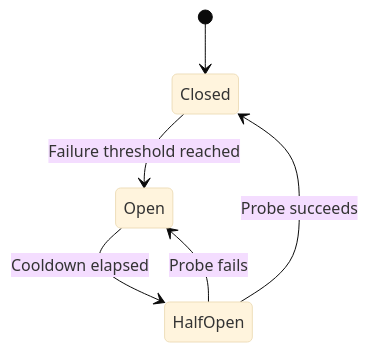
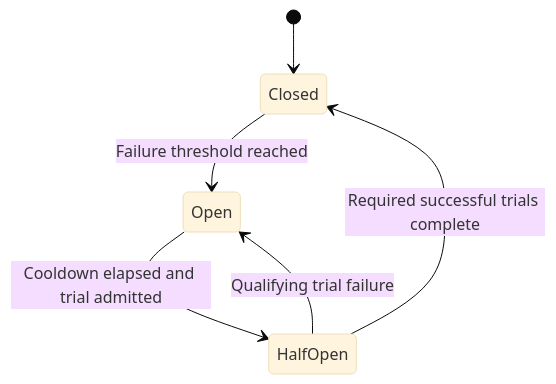
One commit to Yushi7/IntelliGate changed the fourth of 4 diagrams in ARCHITECTURE.md. Above: the diagram before and after it, drawn with Mermaid (base theme). The commit also changed other lines of this file and 12 other files, not shown here.

````diff
--- a/ARCHITECTURE.md
+++ b/ARCHITECTURE.md
@@ -197,8 +208,8 @@
 ```mermaid
 stateDiagram-v2
     [*] --> Closed
     Closed --> Open: Failure threshold reached
-    Open --> HalfOpen: Cooldown elapsed
-    HalfOpen --> Closed: Probe succeeds
-    HalfOpen --> Open: Probe fails
+    Open --> HalfOpen: Cooldown elapsed and trial admitted
+    HalfOpen --> Closed: Required successful trials complete
+    HalfOpen --> Open: Qualifying trial failure
 ```
````
